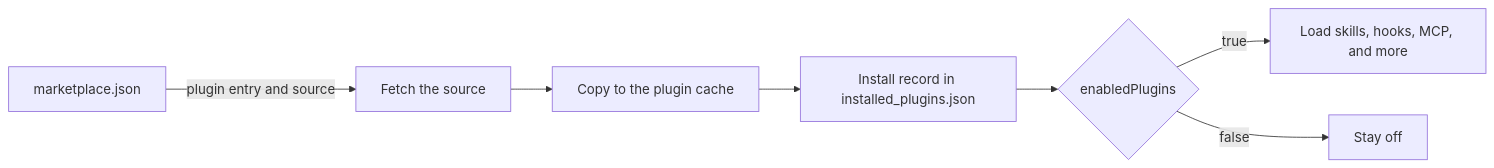
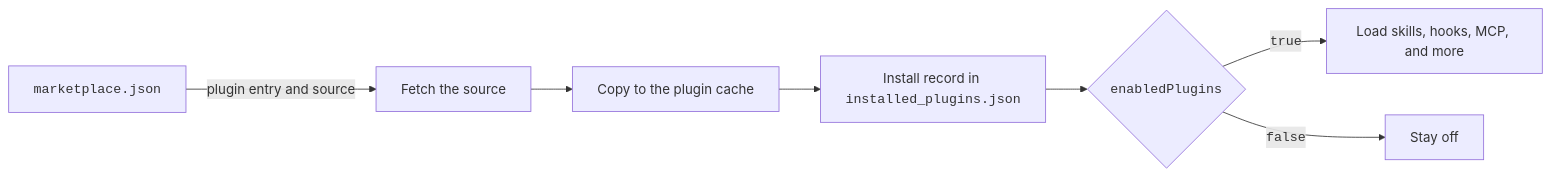
The diagram in docs/extend/plugins/index.md (xsyetopz/claude-code-docs), drawn with Mermaid before and after one commit. The commit also changed other lines of this file and 164 other files, not shown here.

First line of the commit message:
docs: linked citations, yes/no markers, file trees, code in diagrams

````diff
--- a/docs/extend/plugins/index.md
+++ b/docs/extend/plugins/index.md
@@ -75,9 +75,9 @@
 ```mermaid
 flowchart LR
-  M[marketplace.json] -->|plugin entry and source| F[Fetch the source]
+  M["<code>marketplace.json</code>"] -->|plugin entry and source| F[Fetch the source]
   F --> C[Copy to the plugin cache]
-  C --> R[Install record in installed_plugins.json]
-  R --> E{enabledPlugins}
-  E -->|true| L[Load skills, hooks, MCP, and more]
-  E -->|false| X[Stay off]
+  C --> R["Install record in <code>installed_plugins.json</code>"]
+  R --> E{"<code>enabledPlugins</code>"}
+  E -->|"<code>true</code>"| L[Load skills, hooks, MCP, and more]
+  E -->|"<code>false</code>"| X[Stay off]
 ```
````
